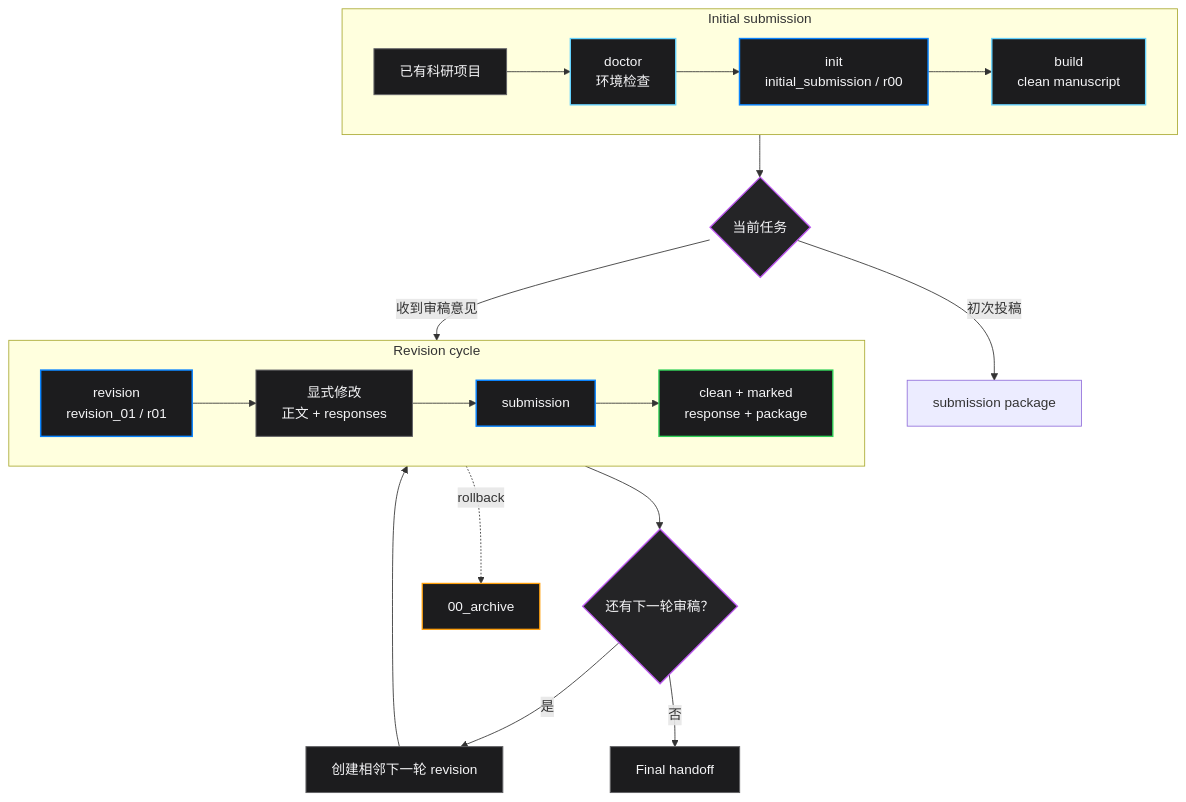
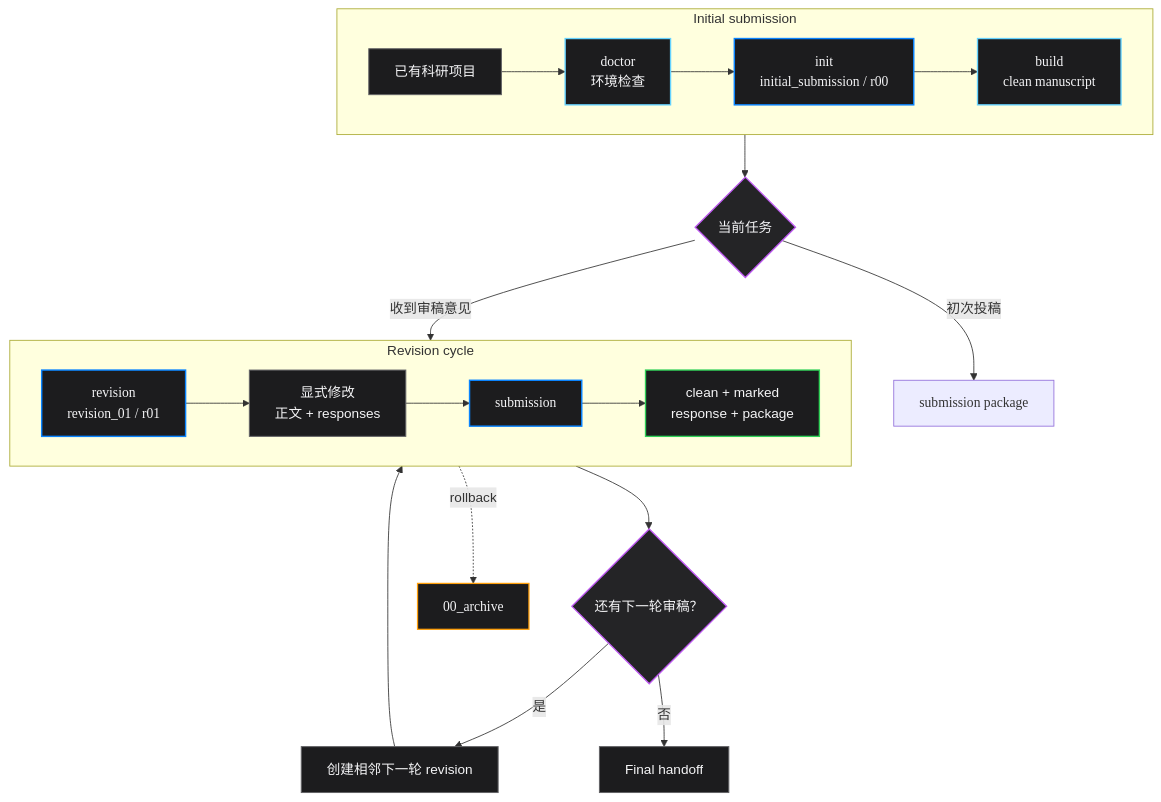
The diagram in src/diagrams/sci-manuscript-lifecycle.mmd (cigit-zgy/water-modeling-notes), drawn with Mermaid before and after one commit.

Commit message:
style: mark diagram code identifiers as monospace

```diff
--- a/src/diagrams/sci-manuscript-lifecycle.mmd
+++ b/src/diagrams/sci-manuscript-lifecycle.mmd
@@ -1,40 +1,42 @@
 flowchart TB
   subgraph INITIAL["Initial submission"]
     direction LR
     A["已有科研项目"] --> B["doctor<br/>环境检查"] --> C["init<br/>initial_submission / r00"] --> D["build<br/>clean manuscript"]
   end
 
   E{"当前任务"}
   F["submission package"]
 
   subgraph REVISION["Revision cycle"]
     direction LR
     G["revision<br/>revision_01 / r01"] --> H["显式修改<br/>正文 + responses"] --> I["submission"] --> J["clean + marked<br/>response + package"]
   end
 
   K{"还有下一轮审稿？"}
   L["创建相邻下一轮 revision"]
   M["Final handoff"]
   N["00_archive"]
 
   INITIAL --> E
   E -->|"初次投稿"| F
   E -->|"收到审稿意见"| REVISION
   REVISION --> K
   K -->|"是"| L --> REVISION
   K -->|"否"| M
   REVISION -. "rollback" .-> N
 
   classDef base fill:#1C1C1E,stroke:#636366,color:#F5F5F7,stroke-width:1.2px;
   classDef primary fill:#1C1C1E,stroke:#0A84FF,color:#F5F5F7,stroke-width:1.7px;
   classDef secondary fill:#1C1C1E,stroke:#64D2FF,color:#F5F5F7,stroke-width:1.6px;
   classDef decision fill:#242426,stroke:#BF5AF2,color:#F5F5F7,stroke-width:1.6px;
   classDef success fill:#1C1C1E,stroke:#30D158,color:#F5F5F7,stroke-width:1.6px;
   classDef caution fill:#1C1C1E,stroke:#FF9F0A,color:#F5F5F7,stroke-width:1.5px;
+  classDef mono font-family:Maple Mono,LXGW WenKai Screen,monospace;
 
   class A,H,L,M base;
   class C,G,I primary;
   class B,D secondary;
   class E,K decision;
   class J success;
   class N caution;
+  class B,C,D,F,G,I,N mono;
```
